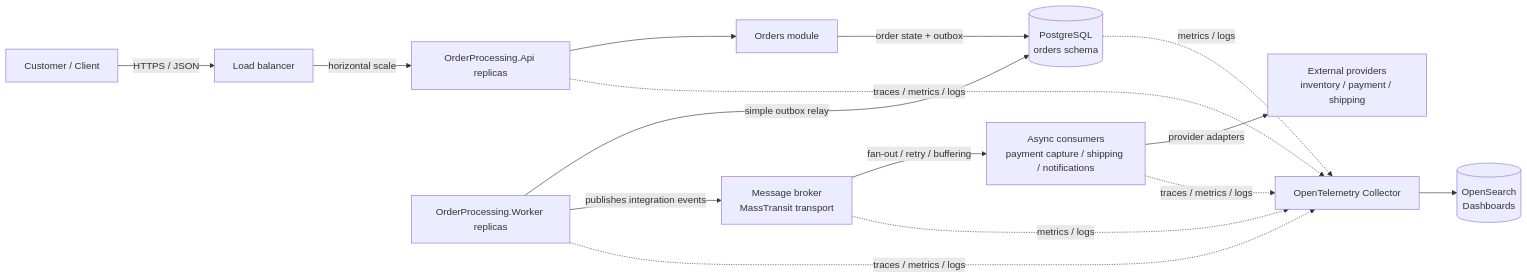
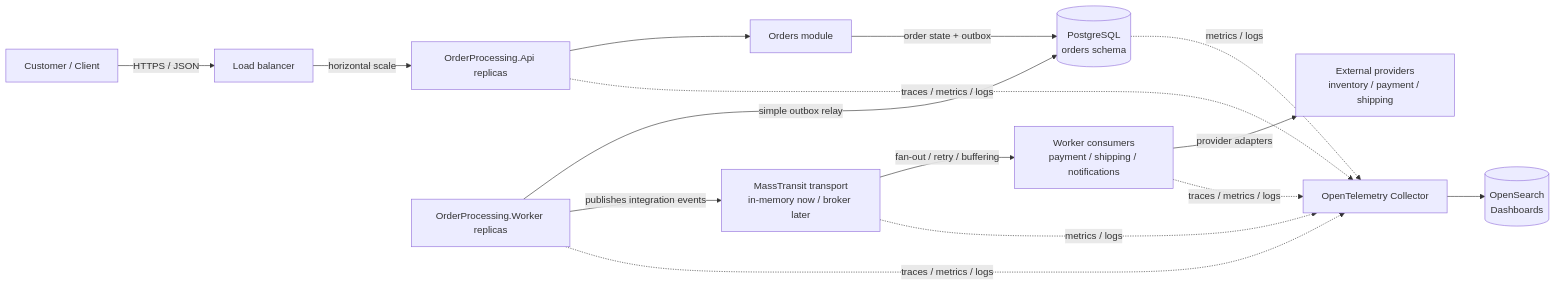
The diagram in README.md (ageroh/order-processing-platform), drawn with Mermaid before and after one commit. The commit also changed other lines of this file, not shown here.

Commit message:
Update README to clarify architecture details and messaging components

````diff
--- a/README.md
+++ b/README.md
@@ -13,30 +13,30 @@
 ```mermaid
 flowchart LR
     customer[Customer / Client]
     lb[Load balancer]
     api[OrderProcessing.Api replicas]
     orders[Orders module]
     db[(PostgreSQL\norders schema)]
-    broker[Message broker\nMassTransit transport]
-    asyncConsumers[Async consumers\npayment capture / shipping / notifications]
+    broker[MassTransit transport\nin-memory now / broker later]
+    workerConsumers[Worker consumers\npayment / shipping / notifications]
     worker[OrderProcessing.Worker replicas]
     providers[External providers\ninventory / payment / shipping]
     otel[OpenTelemetry Collector]
     obs[(OpenSearch\nDashboards)]
 
     customer -->|HTTPS / JSON| lb
     lb -->|horizontal scale| api
     api --> orders
     orders -->|order state + outbox| db
     worker -->|simple outbox relay| db
     worker -->|publishes integration events| broker
-    broker -->|fan-out / retry / buffering| asyncConsumers
-    asyncConsumers -->|provider adapters| providers
+    broker -->|fan-out / retry / buffering| workerConsumers
+    workerConsumers -->|provider adapters| providers
 
     api -. traces / metrics / logs .-> otel
     worker -. traces / metrics / logs .-> otel
-    asyncConsumers -. traces / metrics / logs .-> otel
+    workerConsumers -. traces / metrics / logs .-> otel
     db -. metrics / logs .-> otel
     broker -. metrics / logs .-> otel
     otel --> obs
 ```
````
